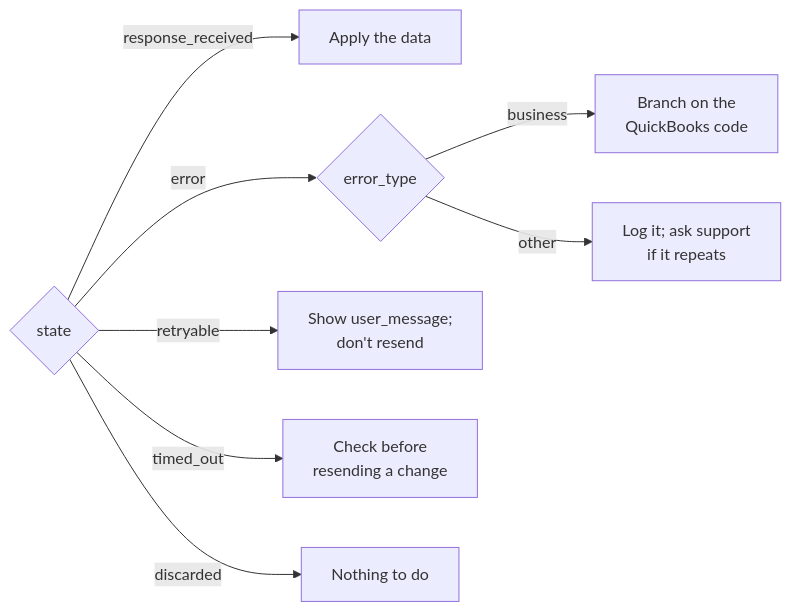
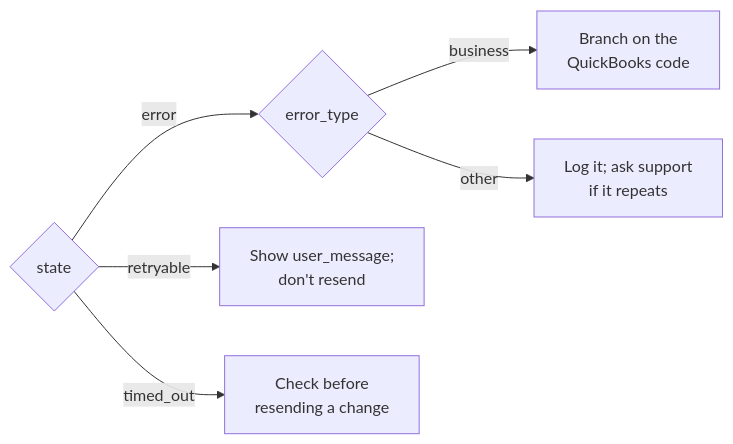
One commit to qubeintegrations/docs changed the first of 2 diagrams in error_handling.mdx. Above: the diagram before and after it, drawn with Mermaid. The commit also changed other lines of this file, not shown here.

First line of the commit message:
Error handling is about requests that reach QuickBooks: the refusal section and the non-error branches go

````diff
--- a/error_handling.mdx
+++ b/error_handling.mdx
@@ -11,10 +11,8 @@
 ```mermaid
 flowchart LR
-  A{"state"} -- "response_received" --> OK["Apply the data"]
-  A -- "error" --> C{"error_type"}
+  A{"state"} -- "error" --> C{"error_type"}
   C -- "business" --> D["Branch on the<br/>QuickBooks code"]
   C -- "other" --> E["Log it; ask support<br/>if it repeats"]
   A -- "retryable" --> F["Show user_message;<br/>don't resend"]
   A -- "timed_out" --> G["Check before<br/>resending a change"]
-  A -- "discarded" --> H["Nothing to do"]
 ```
````
